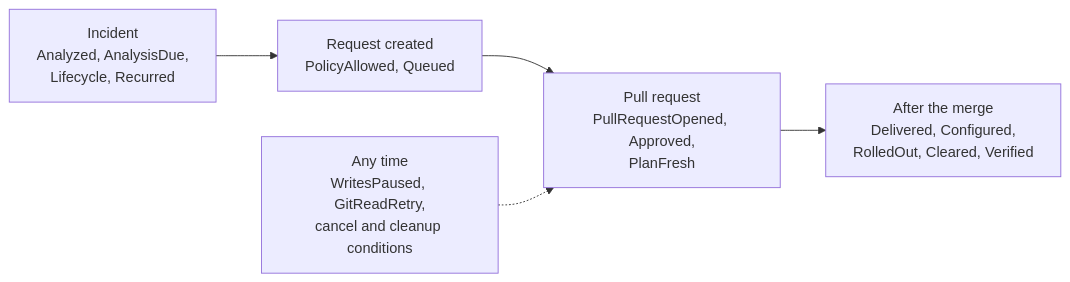
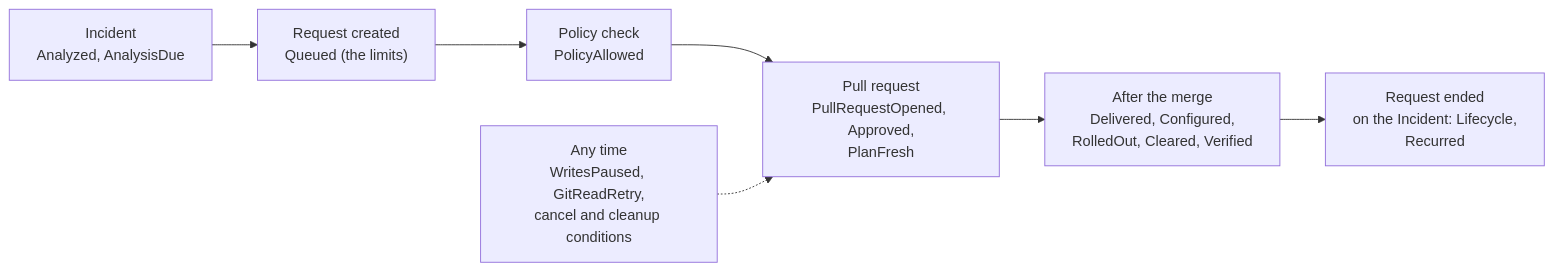
Before and after one commit to pkalin/shadewright: the diagram in docs/reasons.md, drawn with Mermaid. The commit also changed other lines of this file, not shown here.

````diff
--- a/docs/reasons.md
+++ b/docs/reasons.md
@@ -18,7 +18,9 @@
 ```mermaid
 flowchart LR
-  I["Incident<br/>Analyzed, AnalysisDue,<br/>Lifecycle, Recurred"] --> P["Request created<br/>PolicyAllowed, Queued"]
+  I["Incident<br/>Analyzed, AnalysisDue"] --> Q["Request created<br/>Queued (the limits)"]
+  Q --> P["Policy check<br/>PolicyAllowed"]
   P --> R["Pull request<br/>PullRequestOpened, Approved,<br/>PlanFresh"]
   R --> M["After the merge<br/>Delivered, Configured,<br/>RolledOut, Cleared, Verified"]
+  M --> L["Request ended<br/>on the Incident: Lifecycle,<br/>Recurred"]
   A["Any time<br/>WritesPaused, GitReadRetry,<br/>cancel and cleanup conditions"] -.-> R
 ```
````
